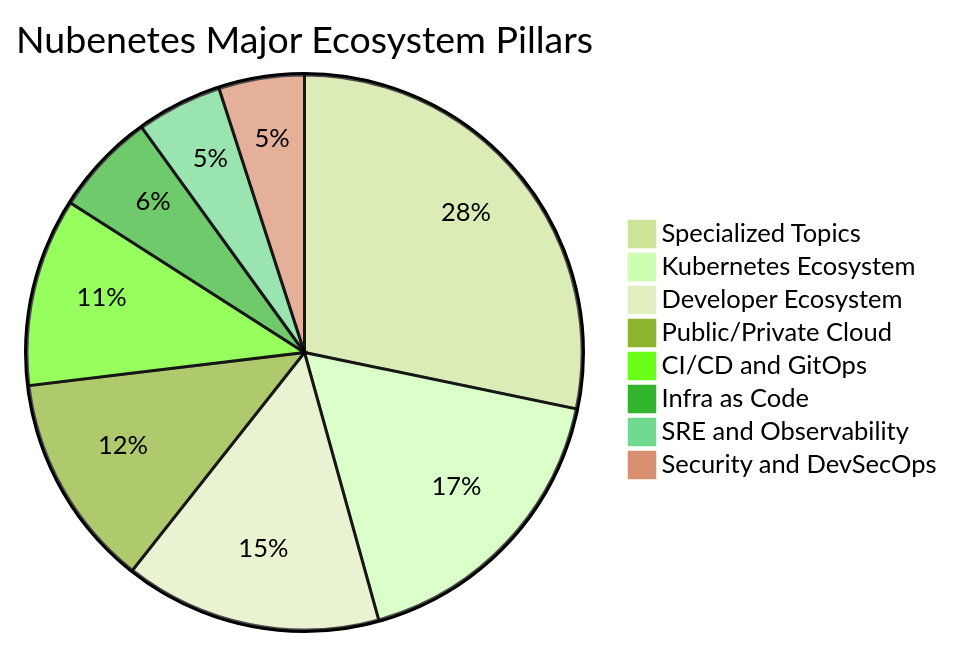
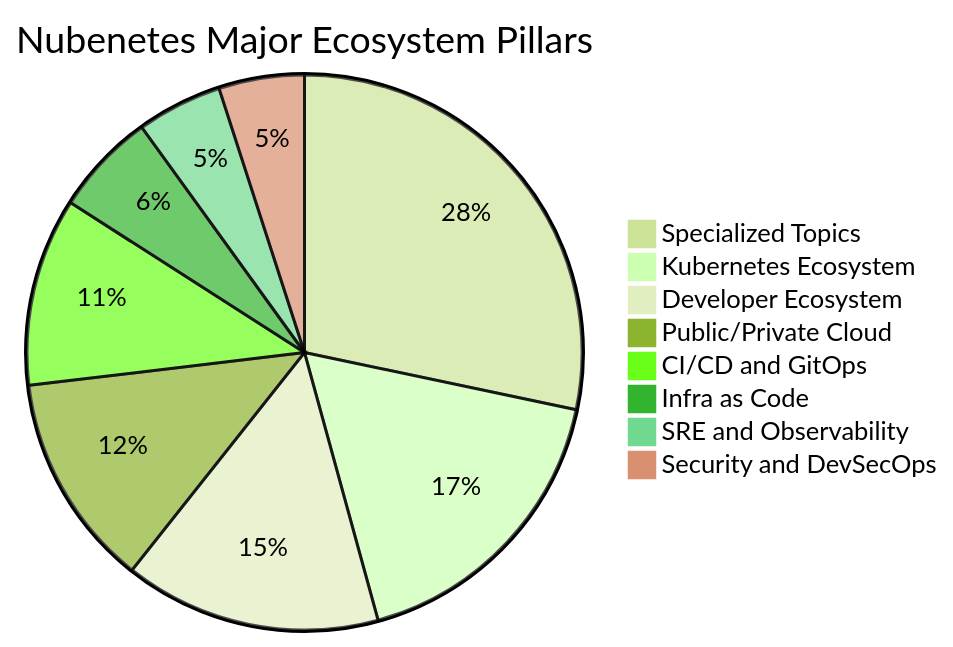
One commit to nubenetes/awesome-kubernetes changed the second of 14 diagrams in README.md. Above: the diagram before and after it, drawn with Mermaid (forest theme). The commit also changed other lines of this file and 166 other files, not shown here.

````diff
--- a/README.md
+++ b/README.md
@@ -308,11 +308,11 @@
 ```mermaid
 pie title Nubenetes Major Ecosystem Pillars
-    "Specialized Topics" : 5671
+    "Specialized Topics" : 5685
     "Kubernetes Ecosystem" : 3500
     "Developer Ecosystem" : 3000
     "Public/Private Cloud" : 2500
     "CI/CD and GitOps" : 2200
     "Infra as Code" : 1200
     "SRE and Observability" : 1000
     "Security and DevSecOps" : 1000
 ```
````
